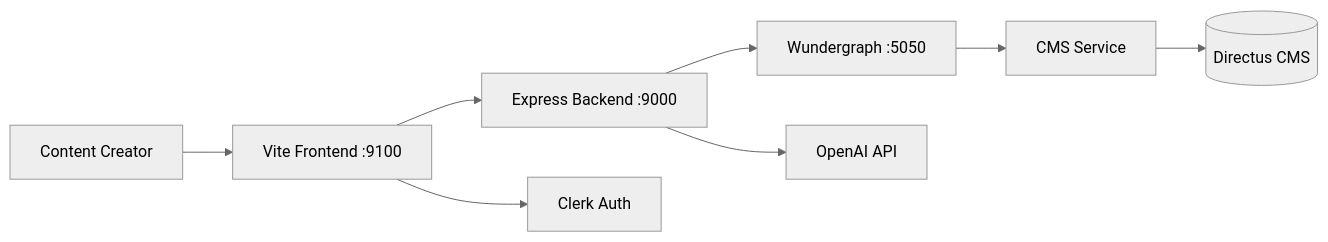
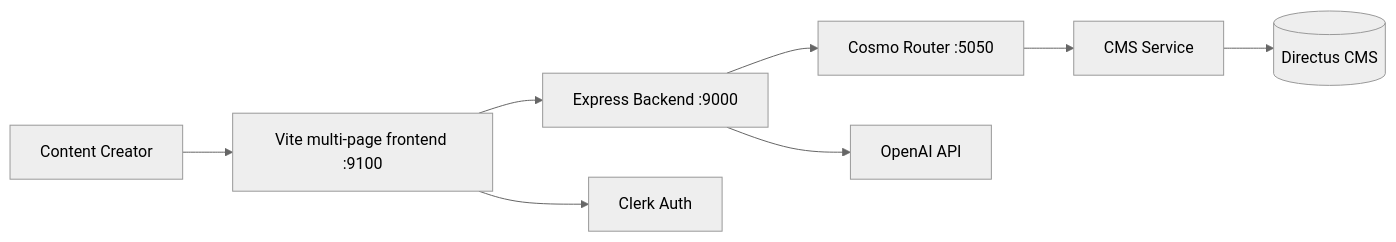
One commit to anthropos-work/rosetta changed the diagram in corpus/services/studio-desk.md. Above: the diagram before and after it, drawn with Mermaid (neutral theme). The commit also changed other lines of this file and 28 other files, not shown here.

````diff
--- a/corpus/services/studio-desk.md
+++ b/corpus/services/studio-desk.md
@@ -41,10 +42,10 @@
 ```mermaid
 graph LR
-    User[Content Creator] --> Frontend[Vite Frontend :9100]
+    User[Content Creator] --> Frontend[Vite multi-page frontend :9100]
     Frontend --> Backend[Express Backend :9000]
-    Backend --> GraphQL[Wundergraph :5050]
+    Backend --> GraphQL[Cosmo Router :5050]
     Backend --> OpenAI[OpenAI API]
     Frontend --> Clerk[Clerk Auth]
     GraphQL --> CMS[CMS Service]
     CMS --> Directus[(Directus CMS)]
 ```
````
